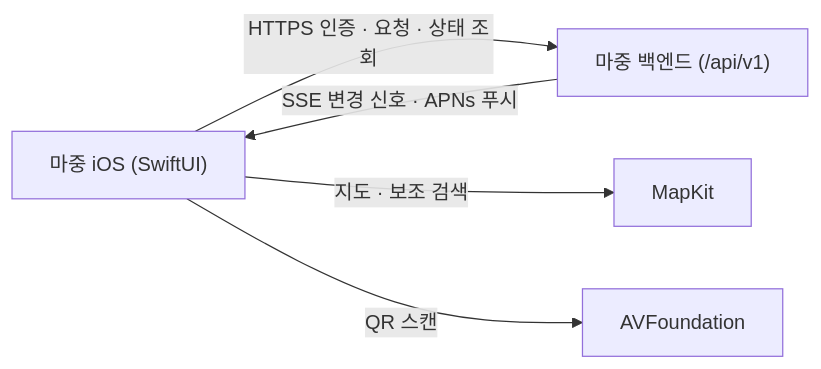
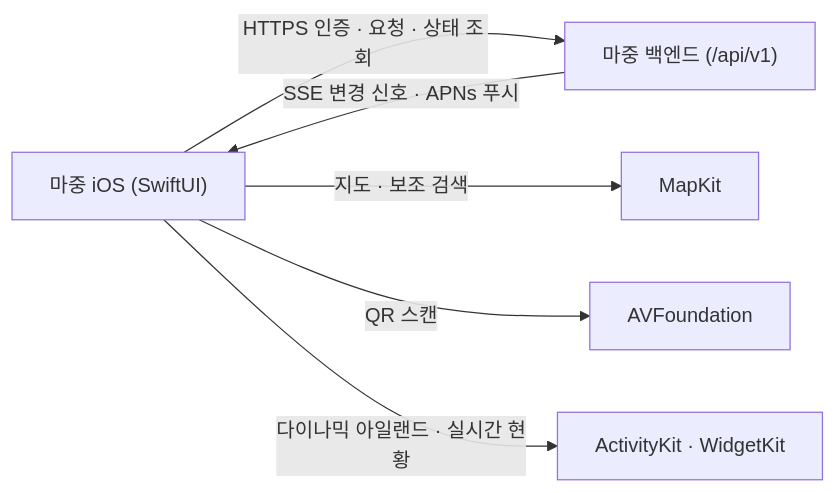
One commit to majung-team/majung-ios changed the diagram in README.md. Above: the diagram before and after it, drawn with Mermaid. The commit also changed other lines of this file and 1 other file, not shown here.

Commit message:
docs(ios): 다이나믹 아일랜드 실시간 현황 문서 반영 및 CI 제한 시간 확대

````diff
--- a/README.md
+++ b/README.md
@@ -38,7 +39,8 @@
 ```mermaid
 flowchart LR
     iOS["마중 iOS (SwiftUI)"] -->|"HTTPS 인증 · 요청 · 상태 조회"| API["마중 백엔드 (/api/v1)"]
     API -->|"SSE 변경 신호 · APNs 푸시"| iOS
     iOS -->|"지도 · 보조 검색"| Map["MapKit"]
     iOS -->|"QR 스캔"| Cam["AVFoundation"]
+    iOS -->|"다이나믹 아일랜드 · 실시간 현황"| Live["ActivityKit · WidgetKit"]
 ```
````
